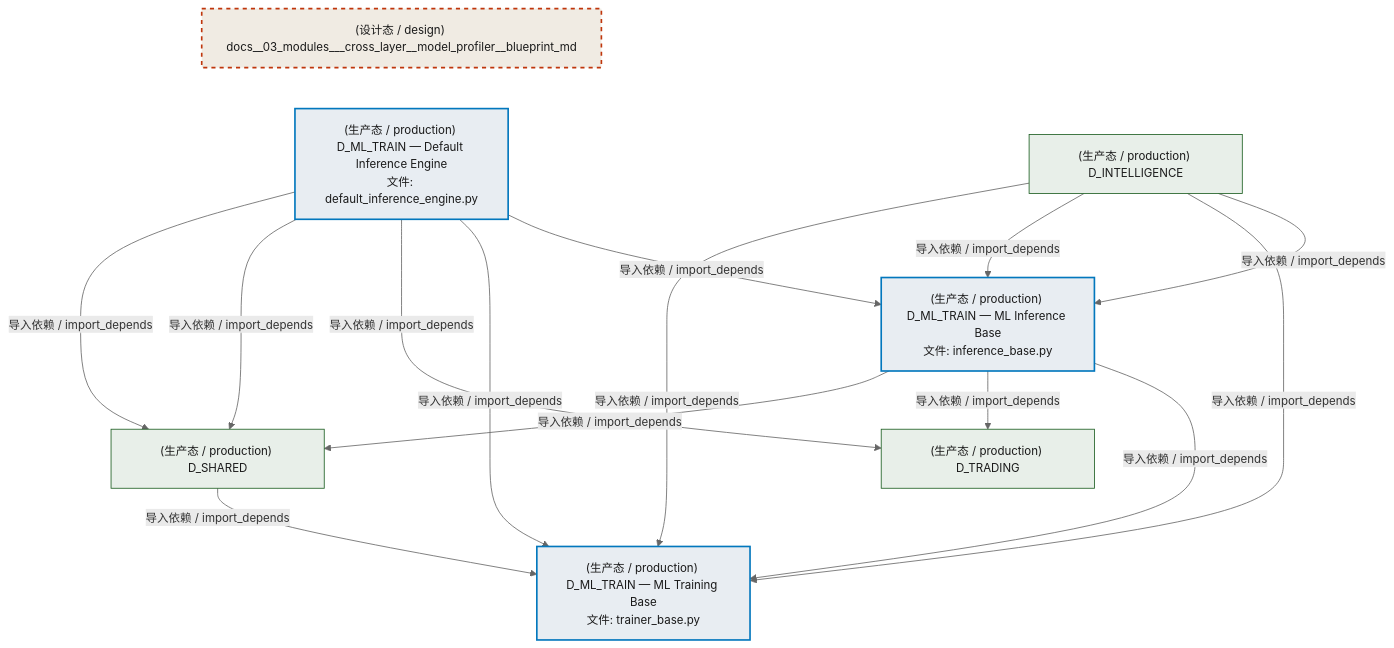
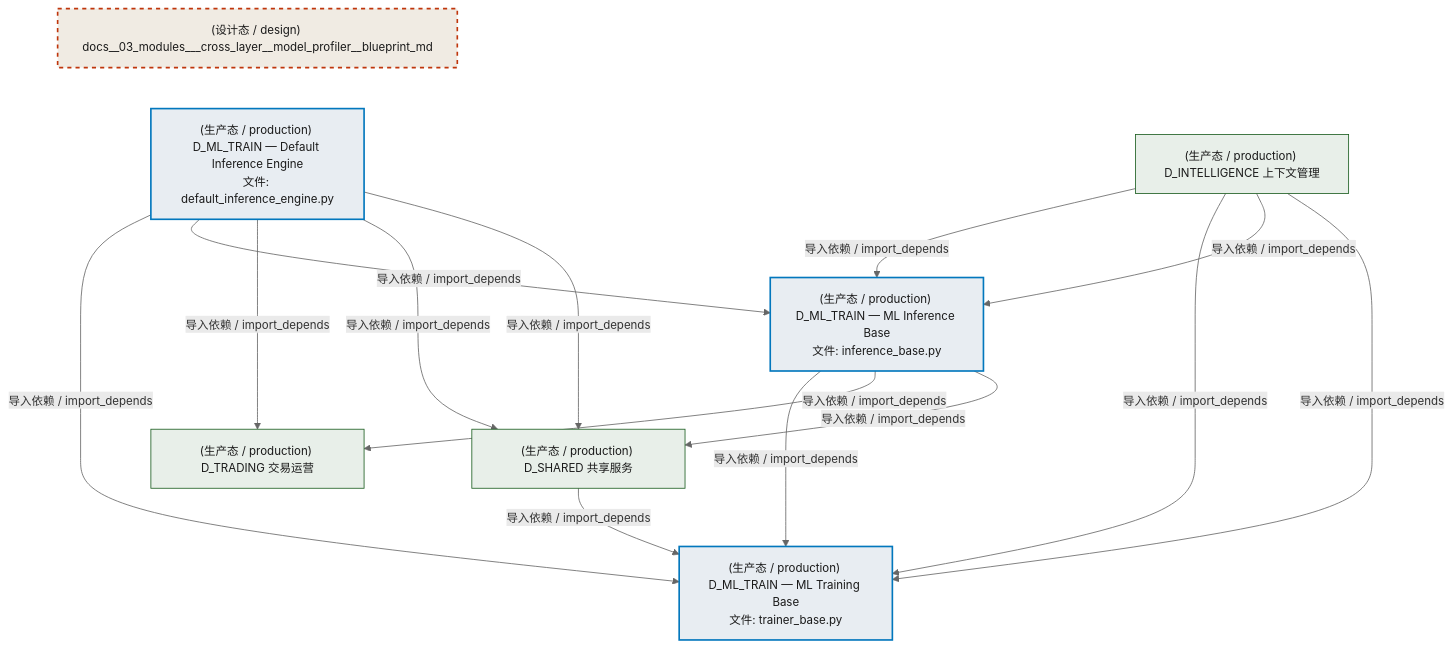
One commit to xuanFelixVan/ZephyrAlpha changed the first of 4 diagrams in docs/02_enterprise_architecture/02_domain_architecture_docs/61_d_ml_train.md. Above: the diagram before and after it, drawn with Mermaid. The commit also changed other lines of this file and 45 other files, not shown here.

````diff
--- a/docs/02_enterprise_architecture/02_domain_architecture_docs/61_d_ml_train.md
+++ b/docs/02_enterprise_architecture/02_domain_architecture_docs/61_d_ml_train.md
@@ -64,32 +64,32 @@
 ```mermaid
 %%{init: {'theme': 'base', 'themeVariables': {'primaryColor': '#eaeaea', 'primaryTextColor': '#333333', 'primaryBorderColor': '#666666', 'lineColor': '#666666', 'secondaryColor': '#eaeaea', 'tertiaryColor': '#eaeaea', 'fontSize': '14px'}}}%%
 flowchart TD
     docs_03_modules_cross_layer_model_profiler_blueprint_md["(设计态 / design) docs__03_modules___cross_layer__model_profiler__blueprint_md"]
     src_zephyr_ml_train_implementations_default_inference_engine_py["(生产态 / production) D_ML_TRAIN — Default Inference Engine<br/>文件: default_inference_engine.py"]
     docs_03_modules_cross_layer_model_profiler_blueprint_md ~~~ src_zephyr_ml_train_implementations_default_inference_engine_py
     src_zephyr_ml_train_inference_base_py["(生产态 / production) D_ML_TRAIN — ML Inference Base<br/>文件: inference_base.py"]
     src_zephyr_ml_train_trainer_base_py["(生产态 / production) D_ML_TRAIN — ML Training Base<br/>文件: trainer_base.py"]
     src_zephyr_ml_train_inference_base_py -->|导入依赖 / import_depends| src_zephyr_ml_train_trainer_base_py
+    src_zephyr_ml_train_implementations_default_inference_engine_py -->|导入依赖 / import_depends| src_zephyr_ml_train_trainer_base_py
     src_zephyr_ml_train_implementations_default_inference_engine_py -->|导入依赖 / import_depends| src_zephyr_ml_train_inference_base_py
-    src_zephyr_ml_train_implementations_default_inference_engine_py -->|导入依赖 / import_depends| src_zephyr_ml_train_trainer_base_py
-    D_TRADING["(生产态 / production) D_TRADING"]
+    D_TRADING["(生产态 / production) D_TRADING 交易运营"]
     src_zephyr_ml_train_inference_base_py -->|导入依赖 / import_depends| D_TRADING
     src_zephyr_ml_train_implementations_default_inference_engine_py -->|导入依赖 / import_depends| D_TRADING
-    D_SHARED["(生产态 / production) D_SHARED"]
+    D_SHARED["(生产态 / production) D_SHARED 共享服务"]
     src_zephyr_ml_train_inference_base_py -->|导入依赖 / import_depends| D_SHARED
     src_zephyr_ml_train_implementations_default_inference_engine_py -->|导入依赖 / import_depends| D_SHARED
     src_zephyr_ml_train_implementations_default_inference_engine_py -->|导入依赖 / import_depends| D_SHARED
-    D_INTELLIGENCE["(生产态 / production) D_INTELLIGENCE"]
+    D_INTELLIGENCE["(生产态 / production) D_INTELLIGENCE 上下文管理"]
     D_INTELLIGENCE -->|导入依赖 / import_depends| src_zephyr_ml_train_inference_base_py
     D_INTELLIGENCE -->|导入依赖 / import_depends| src_zephyr_ml_train_trainer_base_py
     D_SHARED -->|导入依赖 / import_depends| src_zephyr_ml_train_trainer_base_py
     D_INTELLIGENCE -->|导入依赖 / import_depends| src_zephyr_ml_train_inference_base_py
     D_INTELLIGENCE -->|导入依赖 / import_depends| src_zephyr_ml_train_trainer_base_py
     classDef production fill:#e8edf2,stroke:#0277bd,stroke-width:2px,color:#1a1a1a
     classDef design fill:#f0ebe3,stroke:#bf360c,stroke-width:2px,color:#1a1a1a,stroke-dasharray: 5 5
     classDef external_prod fill:#e8efe9,stroke:#1b5e20,stroke-width:1px,color:#1a1a1a
     classDef external_design fill:#efe5ea,stroke:#880e4f,stroke-width:1px,color:#1a1a1a,stroke-dasharray: 5 5
     class src_zephyr_ml_train_implementations_default_inference_engine_py,src_zephyr_ml_train_inference_base_py,src_zephyr_ml_train_trainer_base_py production
     class docs_03_modules_cross_layer_model_profiler_blueprint_md design
     class D_TRADING,D_SHARED,D_INTELLIGENCE external_prod
 ```
````
